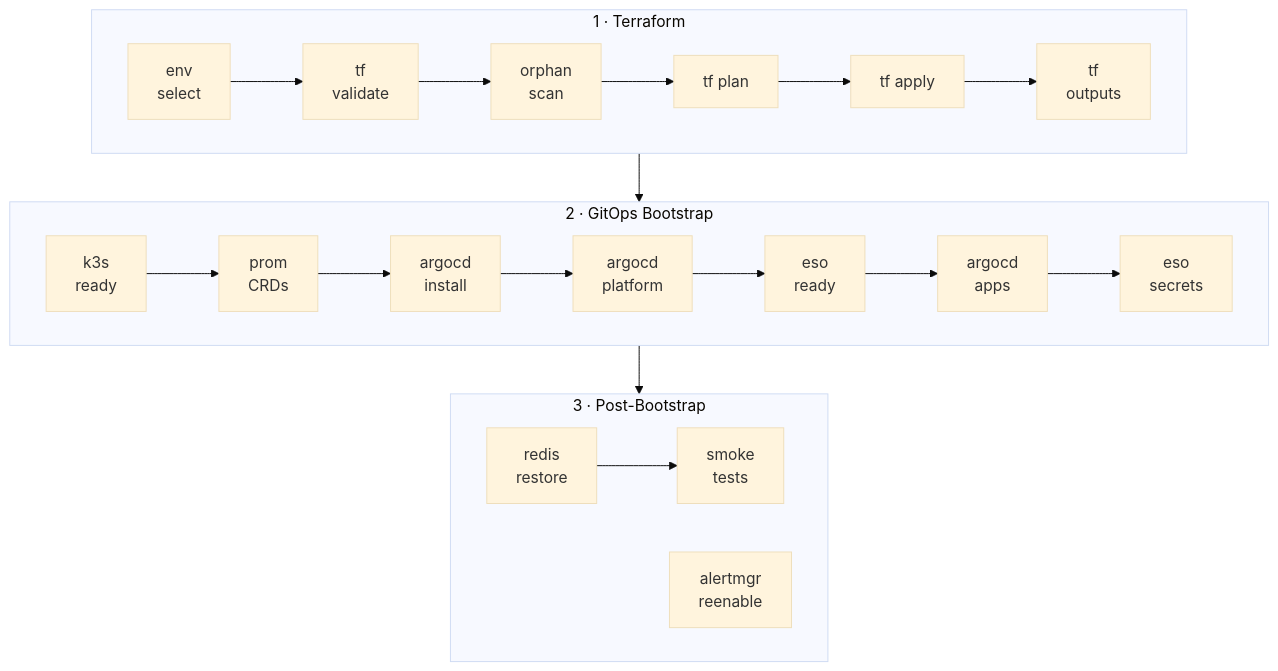
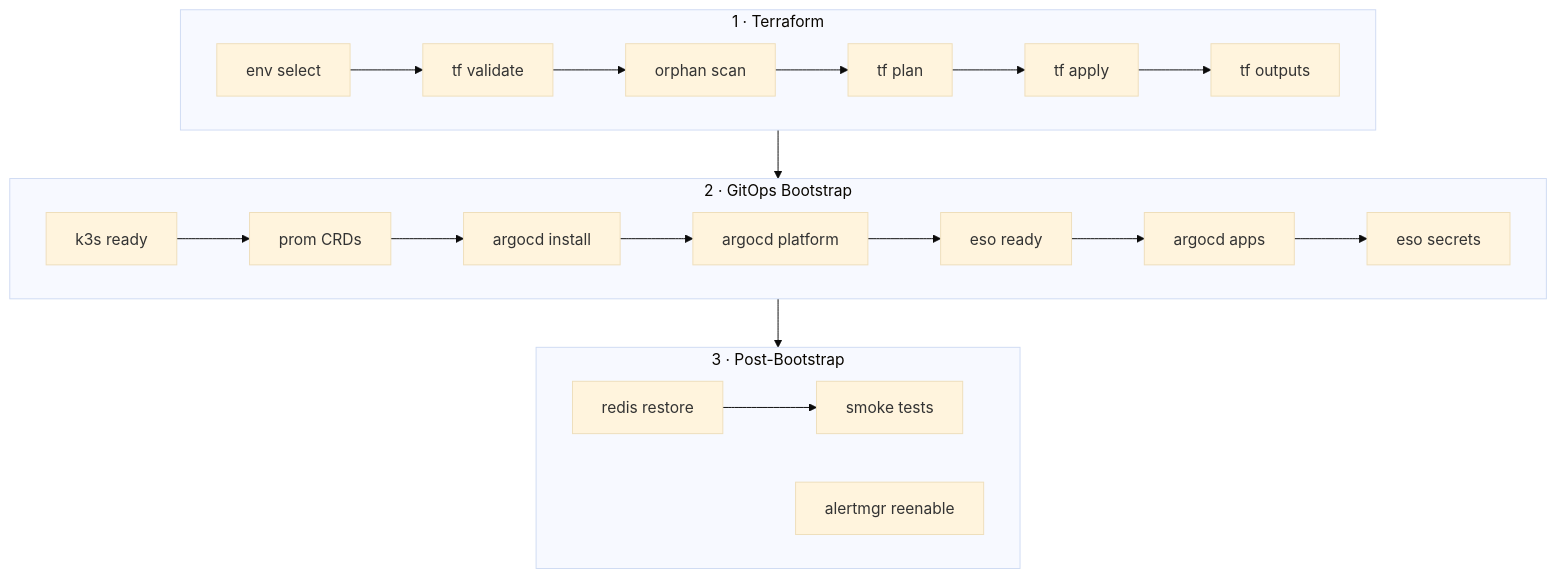
One commit to ClementV78/CloudRadar changed the second of 2 diagrams in docs/runbooks/ci-cd/ci-infra.md. Above: the diagram before and after it, drawn with Mermaid (base theme).

Commit message:
docs(ci): clean mermaid labels in infra workflow diagram
Refs #493

````diff
--- a/docs/runbooks/ci-cd/ci-infra.md
+++ b/docs/runbooks/ci-cd/ci-infra.md
@@ -103,20 +103,20 @@
 ```mermaid
 flowchart TB
   subgraph TF["1 · Terraform"]
     direction LR
-    env["env\nselect"] --> validate["tf\nvalidate"] --> orphan["orphan\nscan"] --> plan["tf plan"] --> apply["tf apply"] --> outputs["tf\noutputs"]
+    env["env select"] --> validate["tf validate"] --> orphan["orphan scan"] --> plan["tf plan"] --> apply["tf apply"] --> outputs["tf outputs"]
   end
 
   subgraph GITOPS["2 · GitOps Bootstrap"]
     direction LR
-    k3s["k3s\nready"] --> crds["prom\nCRDs"] --> argo-i["argocd\ninstall"] --> argo-p["argocd\nplatform"] --> eso-r["eso\nready"] --> argo-a["argocd\napps"] --> eso-s["eso\nsecrets"]
+    k3s["k3s ready"] --> crds["prom CRDs"] --> argo-i["argocd install"] --> argo-p["argocd platform"] --> eso-r["eso ready"] --> argo-a["argocd apps"] --> eso-s["eso secrets"]
   end
 
   subgraph POST["3 · Post-Bootstrap"]
     direction LR
-    redis["redis\nrestore"] --> smoke["smoke\ntests"]
-    alert["alertmgr\nreenable"]
+    redis["redis restore"] --> smoke["smoke tests"]
+    alert["alertmgr reenable"]
   end
 
   TF --> GITOPS --> POST
 ```
````
